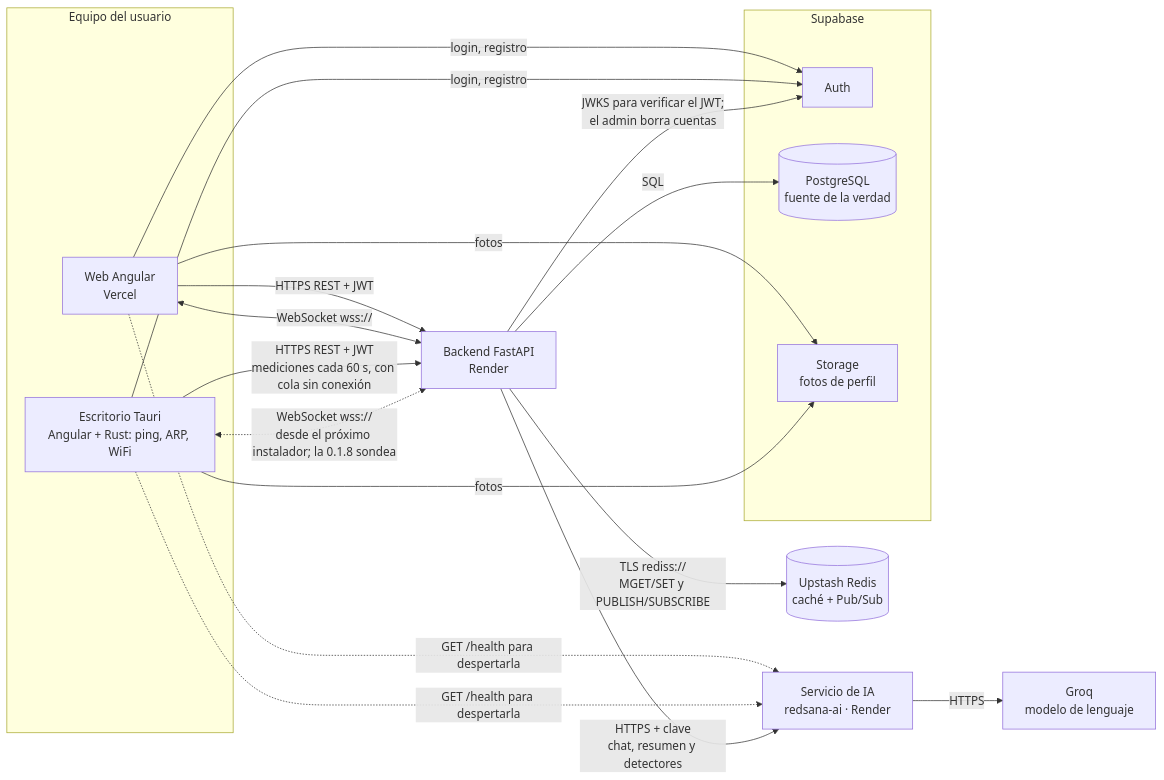
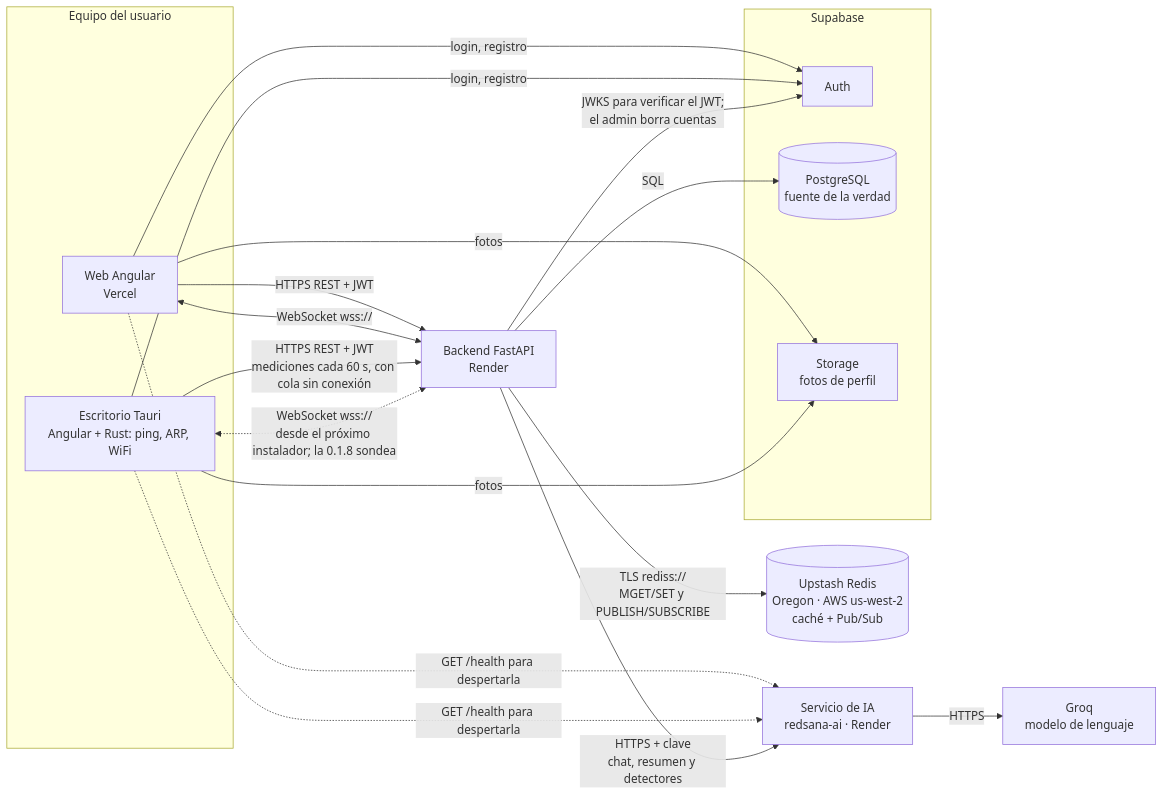
The first of 2 diagrams in README.md (solartedaniers/redsana-frontend), drawn with Mermaid before and after one commit. The commit also changed other lines of this file, not shown here.

Commit message:
Indico que Upstash Redis está en Oregon (AWS us-west-2)

````diff
--- a/README.md
+++ b/README.md
@@ -107,32 +107,32 @@
 ```mermaid
 flowchart LR
   subgraph PC["Equipo del usuario"]
     WEB["Web Angular<br/>Vercel"]
     DESK["Escritorio Tauri<br/>Angular + Rust: ping, ARP, WiFi"]
   end
   API["Backend FastAPI<br/>Render"]
   AI["Servicio de IA<br/>redsana-ai · Render"]
-  REDIS[("Upstash Redis<br/>caché + Pub/Sub")]
+  REDIS[("Upstash Redis<br/>Oregon · AWS us-west-2<br/>caché + Pub/Sub")]
   subgraph SB["Supabase"]
     AUTH["Auth"]
     PG[("PostgreSQL<br/>fuente de la verdad")]
     ST["Storage<br/>fotos de perfil"]
   end
   GROQ["Groq<br/>modelo de lenguaje"]
 
   WEB -->|"HTTPS REST + JWT"| API
   WEB <-->|"WebSocket wss://"| API
   DESK -->|"HTTPS REST + JWT<br/>mediciones cada 60 s, con cola sin conexión"| API
   DESK <-.->|"WebSocket wss://<br/>desde el próximo instalador; la 0.1.8 sondea"| API
   WEB -->|"login, registro"| AUTH
   DESK -->|"login, registro"| AUTH
   WEB -->|"fotos"| ST
   DESK -->|"fotos"| ST
   WEB -.->|"GET /health para despertarla"| AI
   DESK -.->|"GET /health para despertarla"| AI
   API -->|"SQL"| PG
   API -->|"JWKS para verificar el JWT;<br/>el admin borra cuentas"| AUTH
   API -->|"TLS rediss://<br/>MGET/SET y PUBLISH/SUBSCRIBE"| REDIS
   API -->|"HTTPS + clave<br/>chat, resumen y detectores"| AI
   AI -->|"HTTPS"| GROQ
 ```
````
